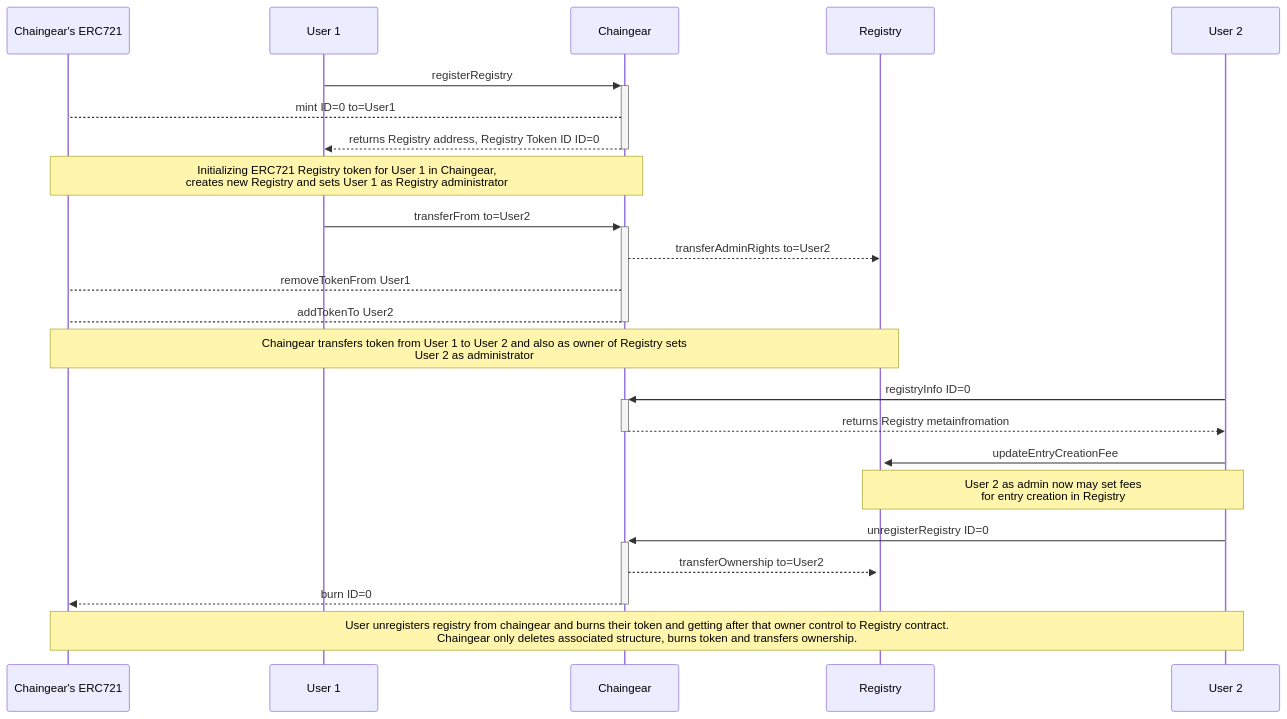
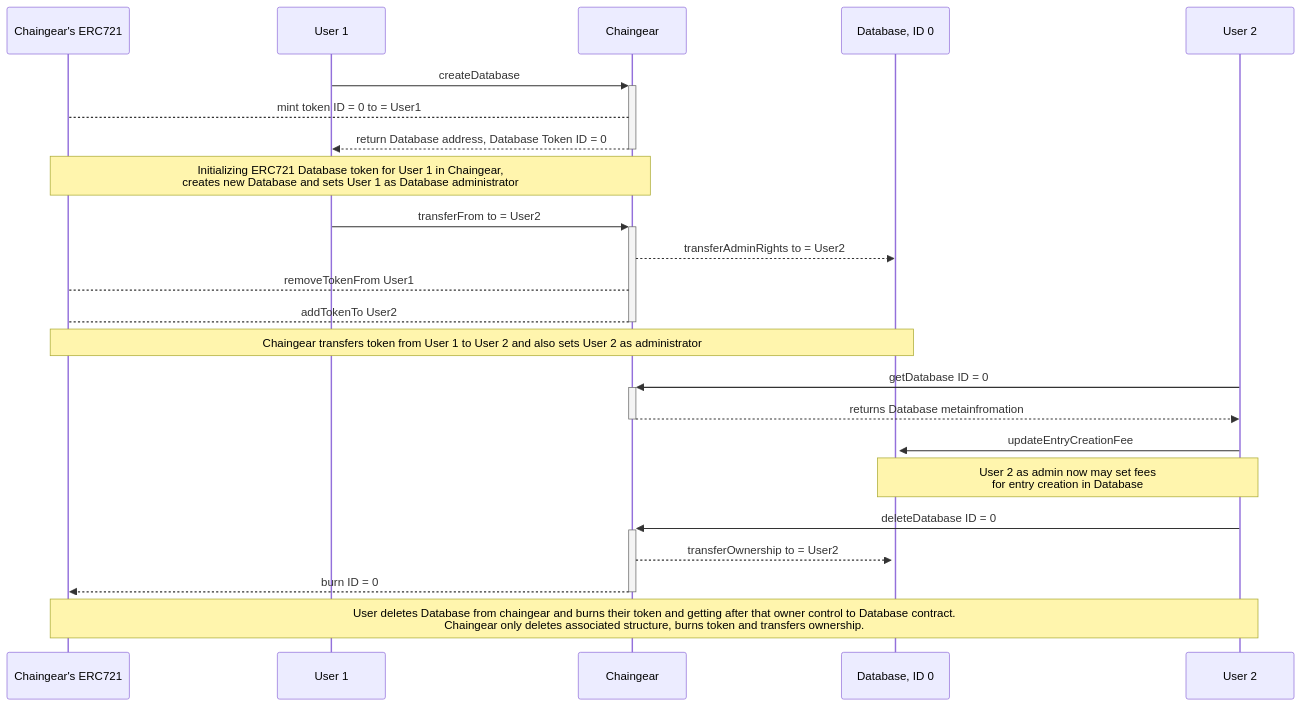
The diagram in сhaingear/mermaid/origin/pipelines-chaingear_tokenized.mmd (sdliuyuzhi/Library), drawn with Mermaid before and after one commit. The commit also changed 68 other files, not shown here.

```diff
--- a/сhaingear/mermaid/origin/pipelines-chaingear_tokenized.mmd
+++ b/сhaingear/mermaid/origin/pipelines-chaingear_tokenized.mmd
@@ -1,29 +1,29 @@
 sequenceDiagram
     participant 721 as Chaingear's ERC721
     participant U1 as User 1
     participant CC as Chaingear
-    participant R as Registry
+    participant R as Database, ID 0
     participant U2 as User 2
 
     
-    U1->>+CC: registerRegistry
-    CC-->721: mint ID=0 to=User1
-    CC-->>-U1: returns Registry address, Registry Token ID ID=0
-    Note over 721, CC: Initializing ERC721 Registry token for User 1 in Chaingear, <br/> creates new Registry and sets User 1 as Registry administrator
+    U1->>+CC: createDatabase
+    CC-->721: mint token ID = 0 to = User1
+    CC-->>-U1: return Database address, Database Token ID = 0
+    Note over 721, CC: Initializing ERC721 Database token for User 1 in Chaingear, <br/> creates new Database and sets User 1 as Database administrator
     
-    U1->>+CC: transferFrom to=User2
-    CC-->>R: transferAdminRights to=User2
+    U1->>+CC: transferFrom to = User2
+    CC-->>R: transferAdminRights to = User2
     CC-->721: removeTokenFrom User1
     CC-->-721: addTokenTo User2
-    Note over 721, R: Chaingear transfers token from User 1 to User 2 and also as owner of Registry sets <br/> User 2 as administrator
+    Note over 721, R: Chaingear transfers token from User 1 to User 2 and also sets User 2 as administrator
     
-    U2->>+CC: registryInfo ID=0
-    CC-->>-U2: returns Registry metainfromation
+    U2->>+CC: getDatabase ID = 0
+    CC-->>-U2: returns Database metainfromation
     
     U2->>+R: updateEntryCreationFee
-    Note over U2, R: User 2 as admin now may set fees <br/> for entry creation in Registry
+    Note over U2, R: User 2 as admin now may set fees <br/> for entry creation in Database
     
-    U2->>+CC: unregisterRegistry ID=0
-    CC-->>R: transferOwnership to=User2
-    CC-->>-721: burn ID=0
-    Note over 721, U2: User unregisters registry from chaingear and burns their token and getting after that owner control to Registry contract. <br/> Chaingear only deletes associated structure, burns token and transfers ownership.
+    U2->>+CC: deleteDatabase ID = 0
+    CC-->>R: transferOwnership to = User2
+    CC-->>-721: burn ID = 0
+    Note over 721, U2: User deletes Database from chaingear and burns their token and getting after that owner control to Database contract. <br/> Chaingear only deletes associated structure, burns token and transfers ownership.
```
